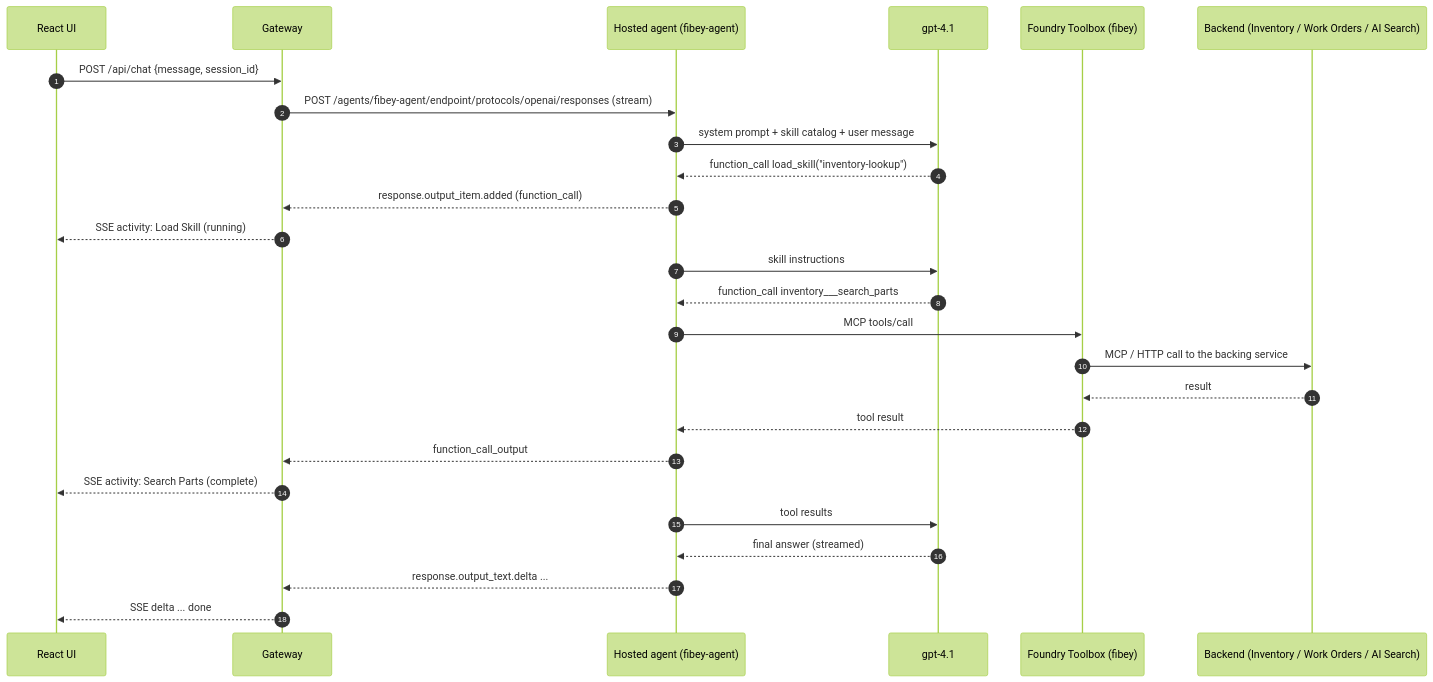
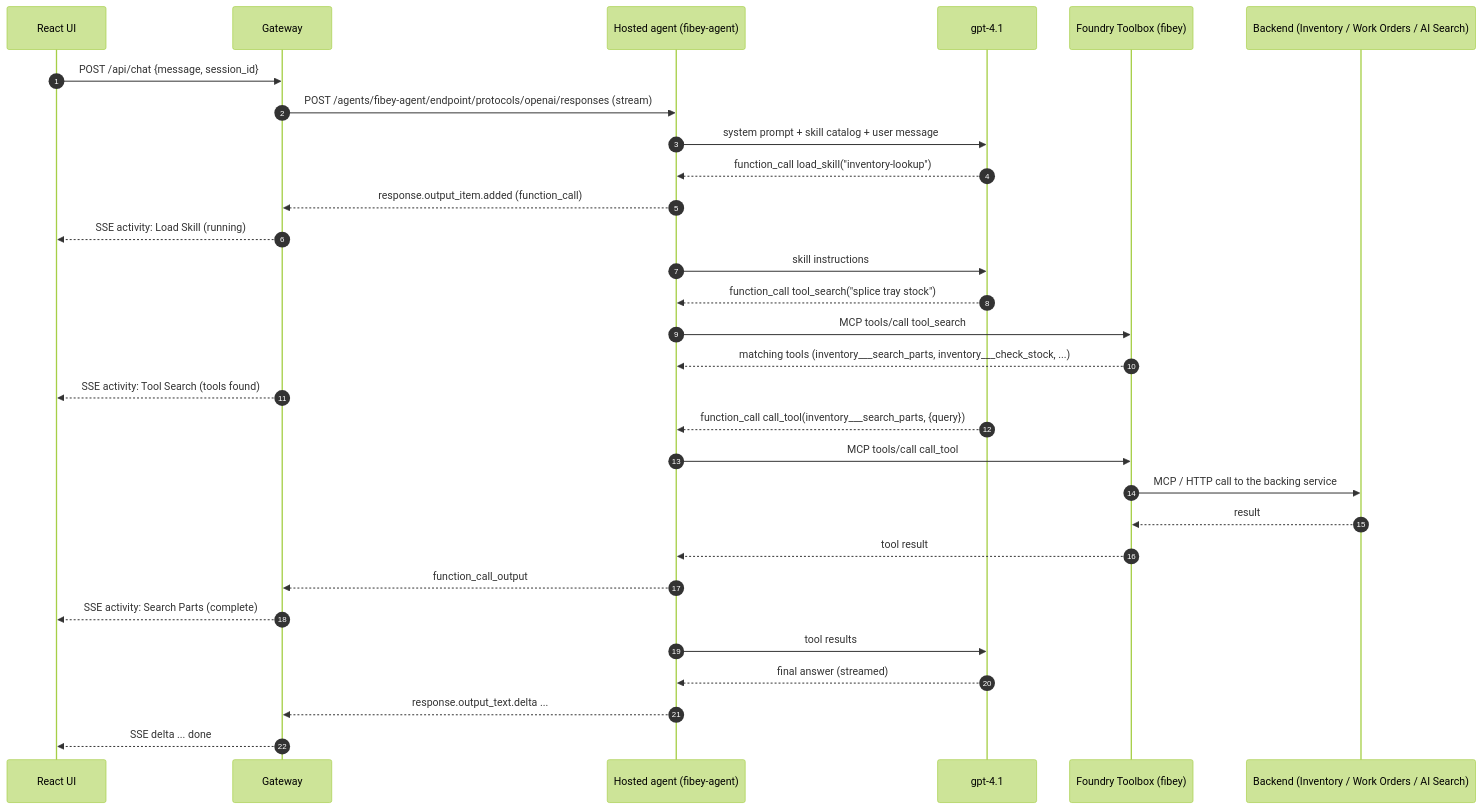
One commit to sriaishwarya1709/toolbox-fibey-demo changed the second of 2 diagrams in README.md. Above: the diagram before and after it, drawn with Mermaid (forest theme). The commit also changed other lines of this file and 3 other files, not shown here.

Commit message:
Enable Toolbox tool search: unwrap call_tool and show tool_search results in hosted mode, prompt fix for KB discovery, docs

````diff
--- a/README.md
+++ b/README.md
@@ -43,29 +43,33 @@
 ```mermaid
 sequenceDiagram
     autonumber
     participant UI as React UI
     participant GW as Gateway
     participant HA as Hosted agent (fibey-agent)
     participant LLM as gpt-4.1
     participant TB as Foundry Toolbox (fibey)
     participant BE as Backend (Inventory / Work Orders / AI Search)
 
     UI->>GW: POST /api/chat {message, session_id}
     GW->>HA: POST /agents/fibey-agent/endpoint/protocols/openai/responses (stream)
     HA->>LLM: system prompt + skill catalog + user message
     LLM-->>HA: function_call load_skill("inventory-lookup")
     HA-->>GW: response.output_item.added (function_call)
     GW-->>UI: SSE activity: Load Skill (running)
     HA->>LLM: skill instructions
-    LLM-->>HA: function_call inventory___search_parts
-    HA->>TB: MCP tools/call
+    LLM-->>HA: function_call tool_search("splice tray stock")
+    HA->>TB: MCP tools/call tool_search
+    TB-->>HA: matching tools (inventory___search_parts, inventory___check_stock, ...)
+    GW-->>UI: SSE activity: Tool Search (tools found)
+    LLM-->>HA: function_call call_tool(inventory___search_parts, {query})
+    HA->>TB: MCP tools/call call_tool
     TB->>BE: MCP / HTTP call to the backing service
     BE-->>TB: result
     TB-->>HA: tool result
     HA-->>GW: function_call_output
     GW-->>UI: SSE activity: Search Parts (complete)
     HA->>LLM: tool results
     LLM-->>HA: final answer (streamed)
     HA-->>GW: response.output_text.delta ...
     GW-->>UI: SSE delta ... done
 ```
````
